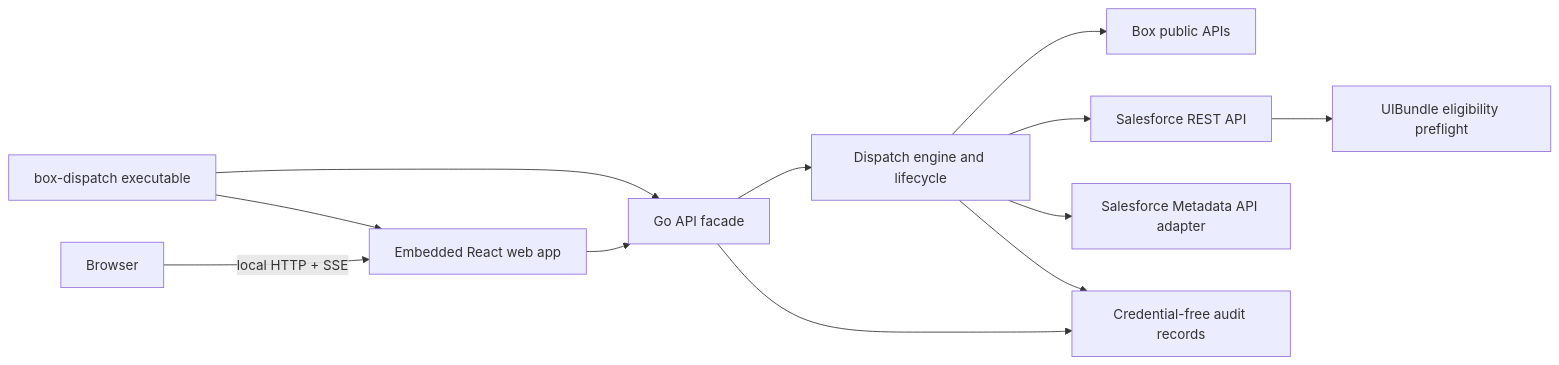
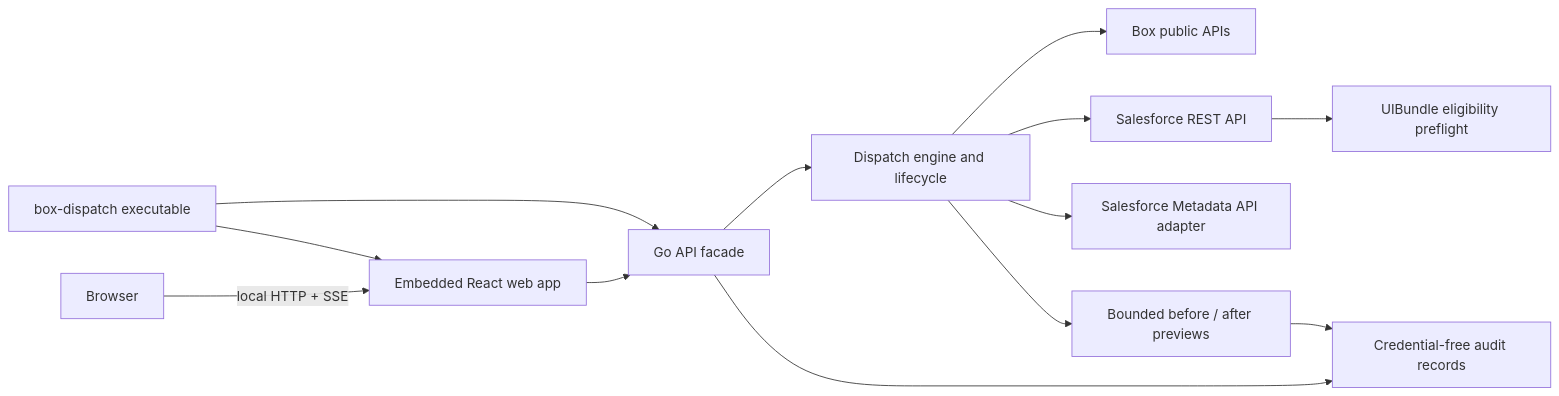
Before and after one commit to unofficialbox/box-dispatch: the first of 2 diagrams in docs/WEB_APP_ARCHITECTURE.md, drawn with Mermaid. The commit also changed other lines of this file and 61 other files, not shown here.

````diff
--- a/docs/WEB_APP_ARCHITECTURE.md
+++ b/docs/WEB_APP_ARCHITECTURE.md
@@ -10,14 +10,15 @@
 ```mermaid
 flowchart LR
     Executable["box-dispatch executable"] --> UI["Embedded React web app"]
     Executable --> API["Go API facade"]
     Browser["Browser"] -->|"local HTTP + SSE"| UI
     UI --> API
     API --> Engine["Dispatch engine and lifecycle"]
     Engine --> Box["Box public APIs"]
     Engine --> SalesforceREST["Salesforce REST API"]
     SalesforceREST --> SalesforceEligibility["UIBundle eligibility preflight"]
     Engine --> SalesforceMetadata["Salesforce Metadata API adapter"]
-    Engine --> Audit["Credential-free audit records"]
+    Engine --> ChangeSnapshot["Bounded before / after previews"]
+    ChangeSnapshot --> Audit["Credential-free audit records"]
     API --> Audit
 ```
````
